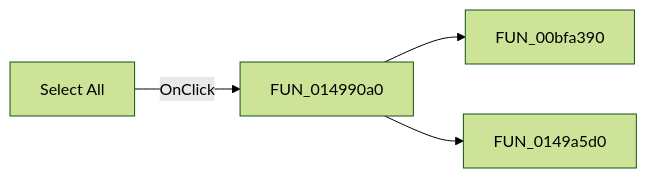
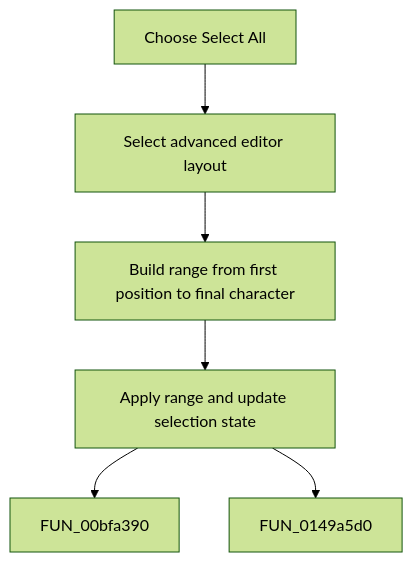
The diagram in docs/ui-controls/frmdesigntool/miselectall-100143c458.md (MovGP0/TIARA), drawn with Mermaid (forest theme) before and after one commit. The commit also changed other lines of this file and 387 other files, not shown here.

````diff
--- a/docs/ui-controls/frmdesigntool/miselectall-100143c458.md
+++ b/docs/ui-controls/frmdesigntool/miselectall-100143c458.md
@@ -27,6 +27,8 @@
 ```mermaid
-flowchart LR
-    control["Select All"] -->|OnClick| handler["FUN_014990a0"]
+flowchart TD
+    control["Choose Select All"] --> expand["Select advanced editor layout"]
+    expand --> range["Build range from first position to final character"]
+    range --> handler["Apply range and update selection state"]
     handler --> call1["FUN_00bfa390"]
     handler --> call2["FUN_0149a5d0"]
 ```
````
